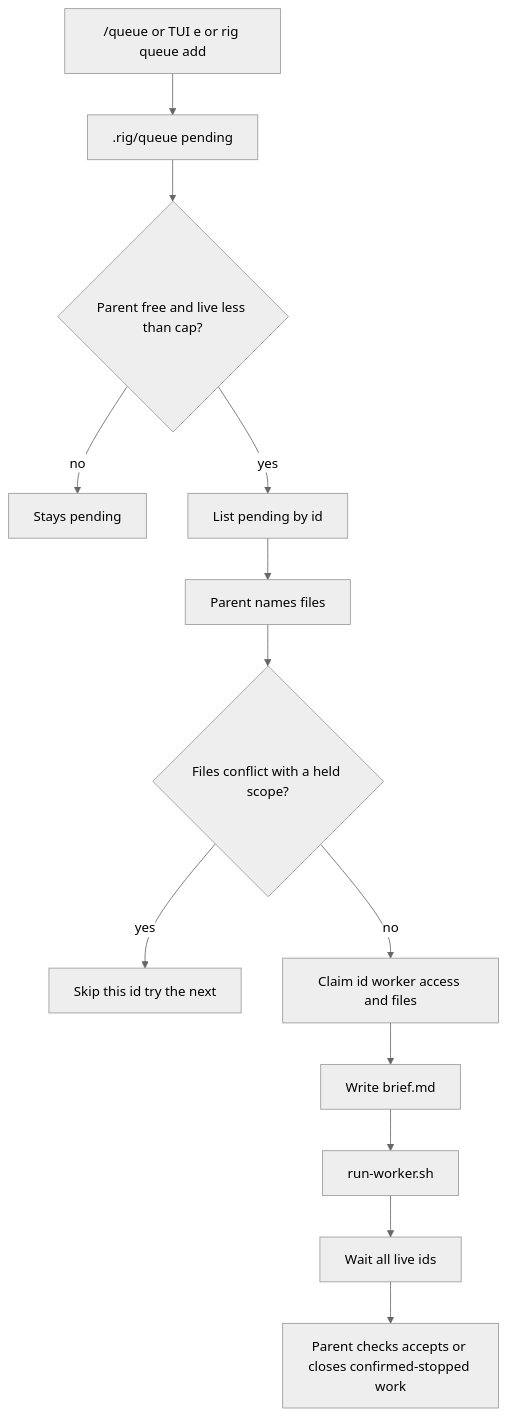
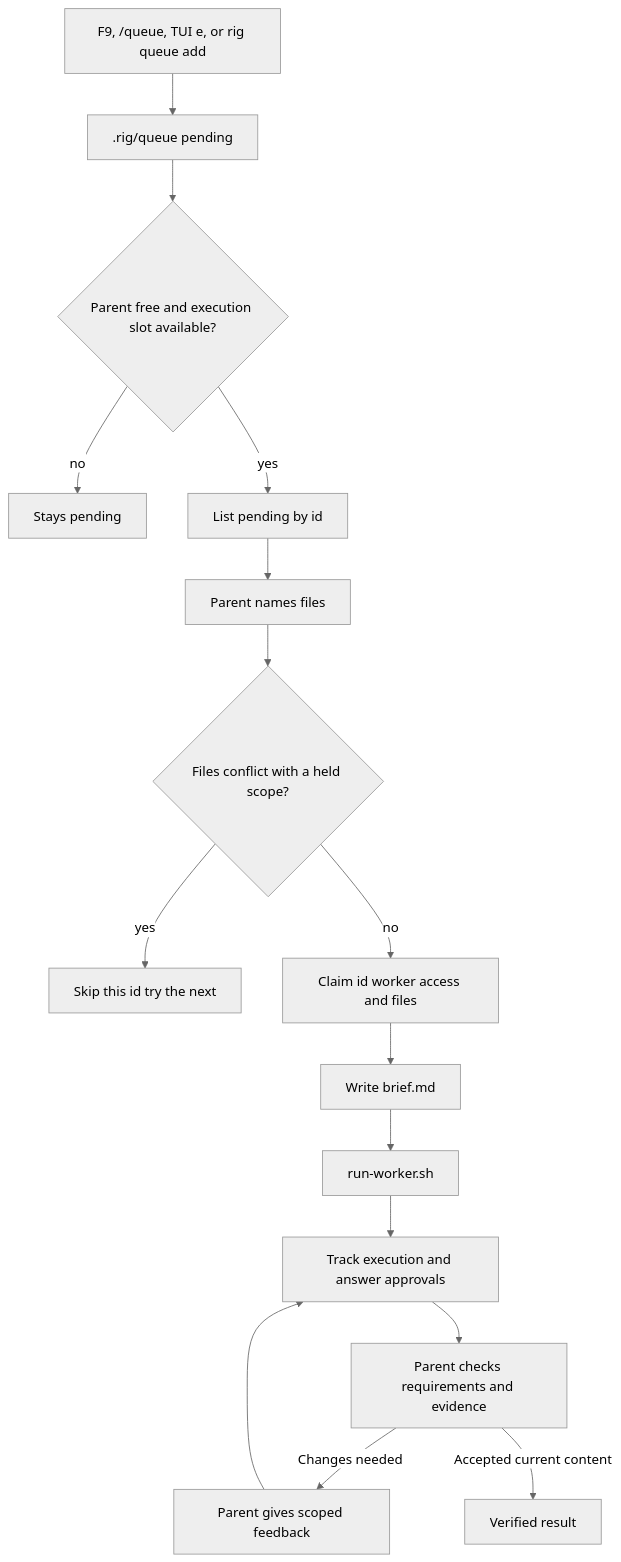
The third of 3 diagrams in README.md (Brasth/Rig), drawn with Mermaid (neutral theme) before and after one commit. The commit also changed other lines of this file and 4 other files, not shown here.

````diff
--- a/README.md
+++ b/README.md
@@ -78,15 +101,18 @@
 ```mermaid
 flowchart TD
-  park["/queue or TUI e or rig queue add"] --> file[".rig/queue pending"]
-  file --> free{Parent free and live less than cap?}
+  park["F9, /queue, TUI e, or rig queue add"] --> file[".rig/queue pending"]
+  file --> free{"Parent free and execution slot available?"}
   free -->|no| stayPending[Stays pending]
   free -->|yes| list[List pending by id]
   list --> name[Parent names files]
   name --> overlap{Files conflict with a held scope?}
   overlap -->|yes| skip[Skip this id try the next]
   overlap -->|no| claim[Claim id worker access and files]
   claim --> brief[Write brief.md]
   brief --> spawn[run-worker.sh]
-  spawn --> waitAll[Wait all live ids]
-  waitAll --> verify[Parent checks accepts or closes confirmed-stopped work]
+  spawn --> execution["Track execution and answer approvals"]
+  execution --> verify["Parent checks requirements and evidence"]
+  verify -->|Changes needed| feedback["Parent gives scoped feedback"]
+  feedback --> execution
+  verify -->|Accepted current content| accepted["Verified result"]
 ```
````
